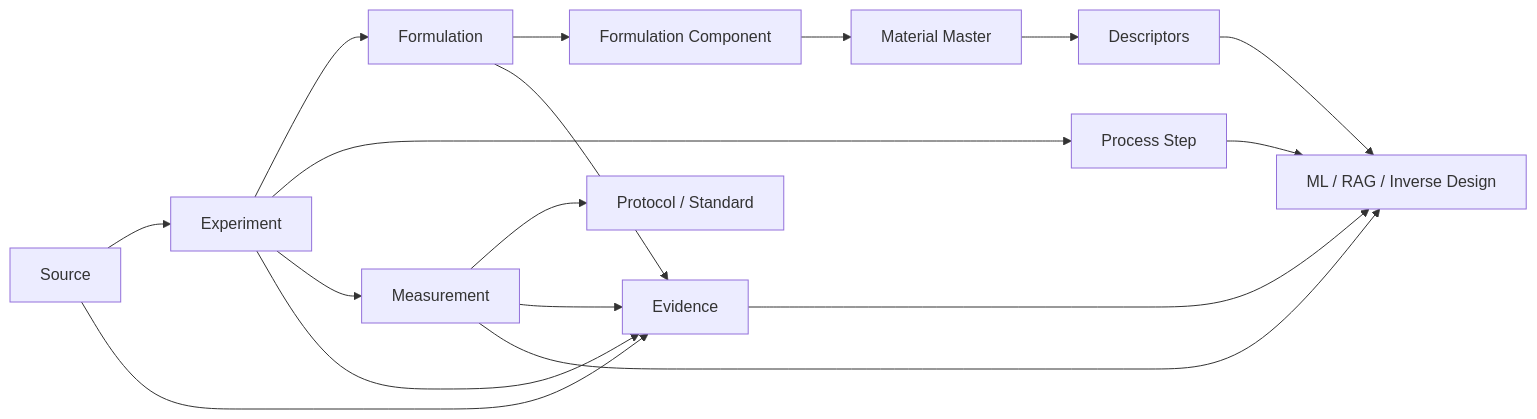
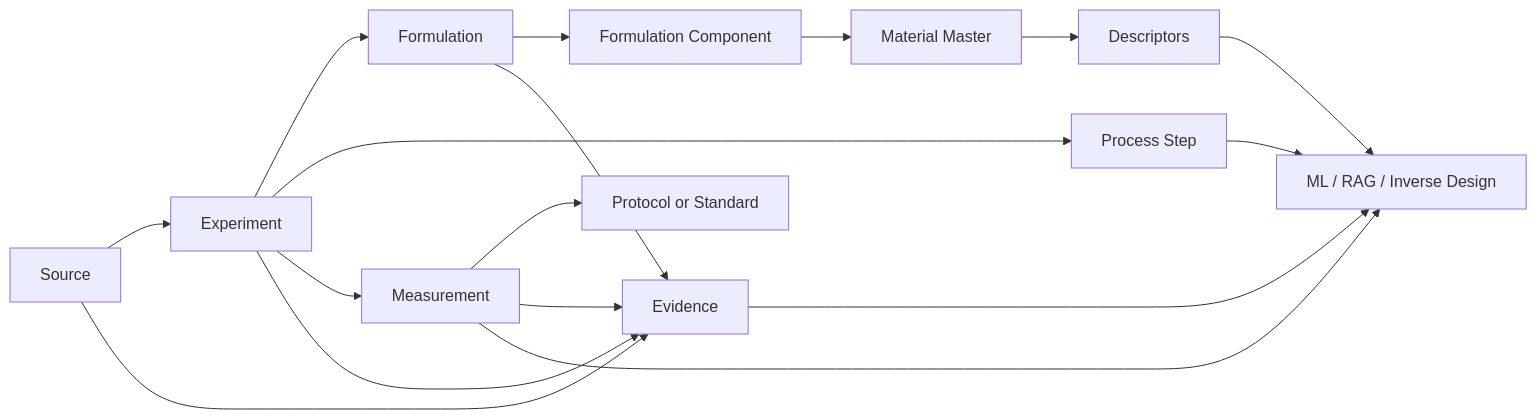
The diagram in README.md (stloendays/Database-For-PUR), drawn with Mermaid before and after one commit. The commit also changed other lines of this file, not shown here.

````diff
--- a/README.md
+++ b/README.md
@@ -122,19 +109,19 @@
 ```mermaid
 flowchart LR
     A[Source] --> B[Experiment]
     B --> C[Formulation]
     C --> D[Formulation Component]
     D --> E[Material Master]
     B --> F[Process Step]
     B --> G[Measurement]
-    G --> H[Protocol / Standard]
+    G --> H[Protocol or Standard]
     A --> I[Evidence]
     B --> I
     C --> I
     G --> I
     E --> J[Descriptors]
     F --> K[ML / RAG / Inverse Design]
     G --> K
     J --> K
     I --> K
 ```
````
